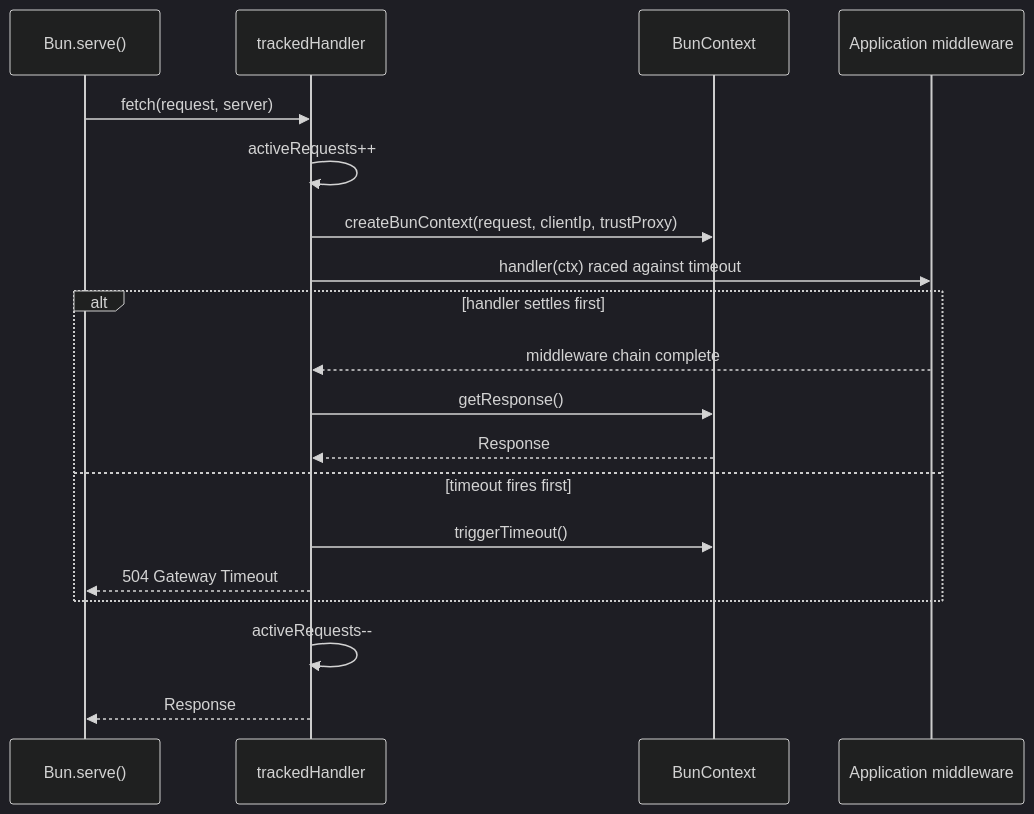
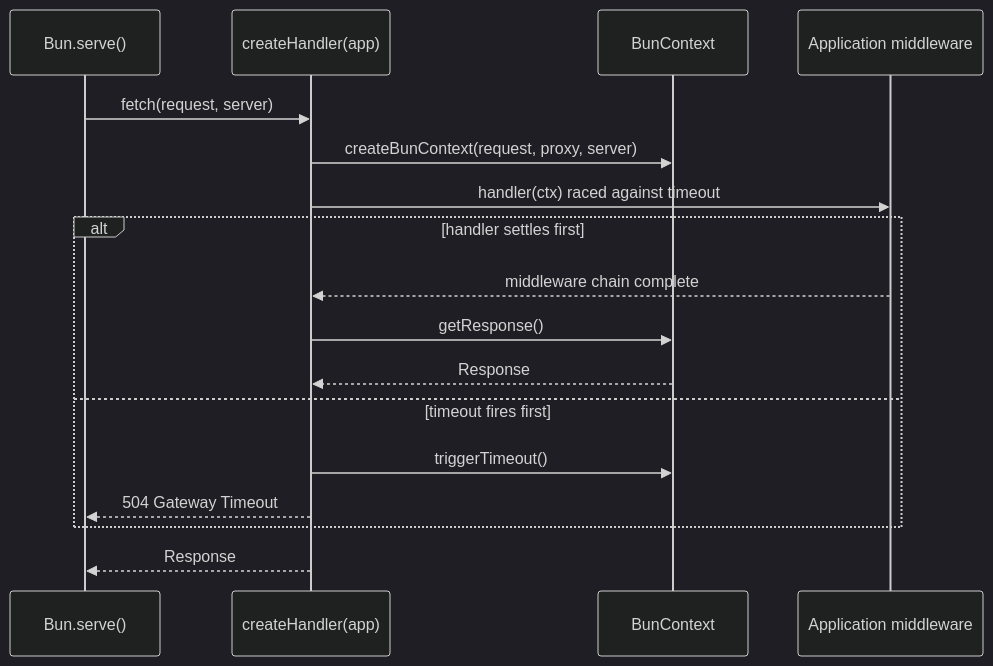
The third of 4 diagrams in packages/adapters/bun/ARCHITECTURE.md (0xTanzim/nextRush), drawn with Mermaid (dark theme) before and after one commit. The commit also changed other lines of this file and 10 other files, not shown here.

First line of the commit message:
perf(adapter-bun): drop per-request drain wrapper and IP resolver thunk

````diff
--- a/packages/adapters/bun/ARCHITECTURE.md
+++ b/packages/adapters/bun/ARCHITECTURE.md
@@ -146,22 +146,20 @@
 ```mermaid
 sequenceDiagram
     participant Bun as Bun.serve()
-    participant Runner as trackedHandler
+    participant Handler as createHandler(app)
     participant Ctx as BunContext
     participant App as Application middleware
 
-    Bun->>Runner: fetch(request, server)
-    Runner->>Runner: activeRequests++
-    Runner->>Ctx: createBunContext(request, clientIp, trustProxy)
-    Runner->>App: handler(ctx) raced against timeout
+    Bun->>Handler: fetch(request, server)
+    Handler->>Ctx: createBunContext(request, proxy, server)
+    Handler->>App: handler(ctx) raced against timeout
     alt handler settles first
-        App-->>Runner: middleware chain complete
-        Runner->>Ctx: getResponse()
-        Ctx-->>Runner: Response
+        App-->>Handler: middleware chain complete
+        Handler->>Ctx: getResponse()
+        Ctx-->>Handler: Response
     else timeout fires first
-        Runner->>Ctx: triggerTimeout()
-        Runner-->>Bun: 504 Gateway Timeout
+        Handler->>Ctx: triggerTimeout()
+        Handler-->>Bun: 504 Gateway Timeout
     end
-    Runner->>Runner: activeRequests--
-    Runner-->>Bun: Response
+    Handler-->>Bun: Response
 ```
````
